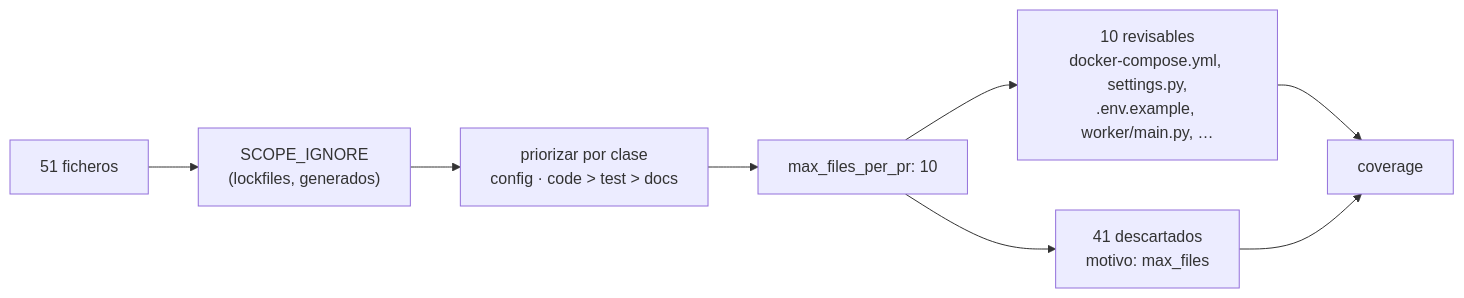
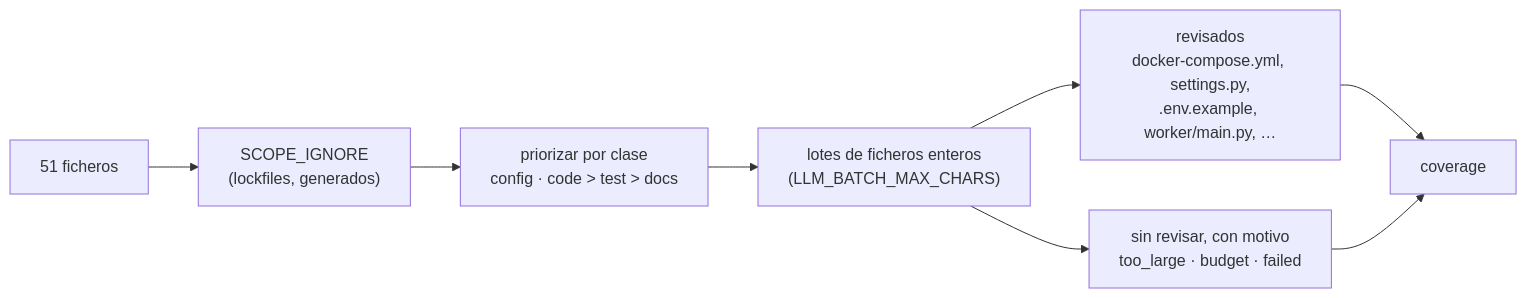
Before and after one commit to pcgarat/agent-review-langgraph: diagram 13 of 15 in docs/edu/12-recorrido-con-todas-las-iniciativas.md, drawn with Mermaid. The commit also changed other lines of this file and 52 other files, not shown here.

First line of the commit message:
feat(scope): cobertura de la review, lotes de ficheros enteros y review parcial (012 CB1-CB11)

````diff
--- a/docs/edu/12-recorrido-con-todas-las-iniciativas.md
+++ b/docs/edu/12-recorrido-con-todas-las-iniciativas.md
@@ -789,10 +789,10 @@
 ```mermaid
 flowchart LR
     D["51 ficheros"] --> IG["SCOPE_IGNORE<br/>(lockfiles, generados)"]
     IG --> PR["priorizar por clase<br/>config · code > test > docs"]
-    PR --> MX["max_files_per_pr: 10"]
-    MX --> REV["10 revisables<br/>docker-compose.yml, settings.py,<br/>.env.example, worker/main.py, …"]
-    MX --> SK["41 descartados<br/>motivo: max_files"]
+    PR --> LOT["lotes de ficheros enteros<br/>(LLM_BATCH_MAX_CHARS)"]
+    LOT --> REV["revisados<br/>docker-compose.yml, settings.py,<br/>.env.example, worker/main.py, …"]
+    LOT --> SK["sin revisar, con motivo<br/>too_large · budget · failed"]
     REV --> COV["coverage"]
     SK --> COV
 ```
````
